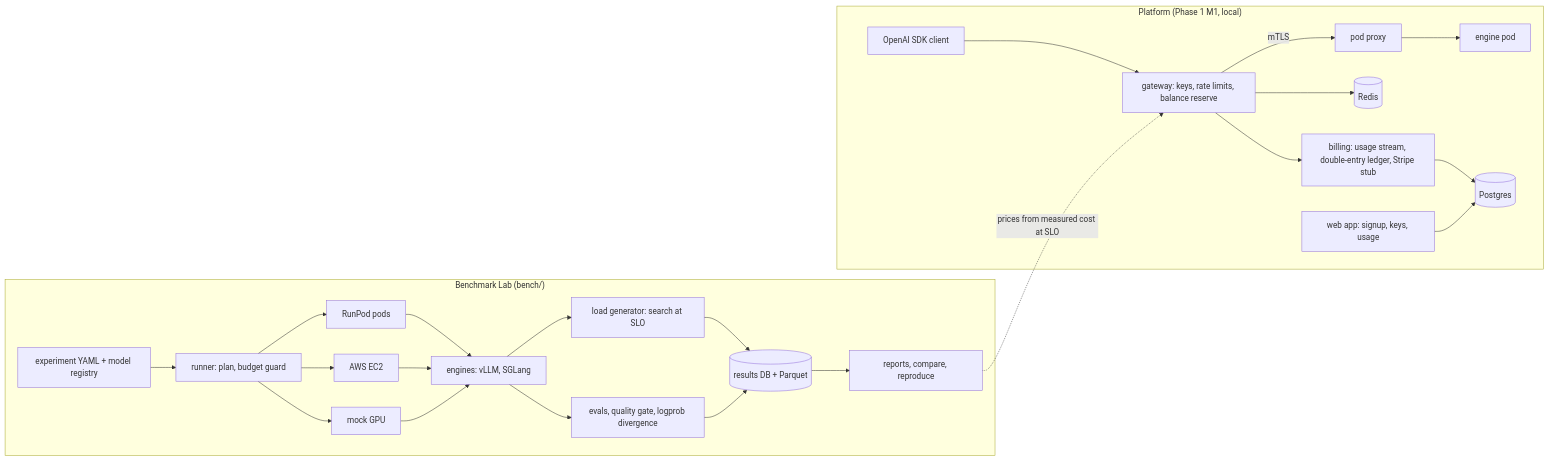
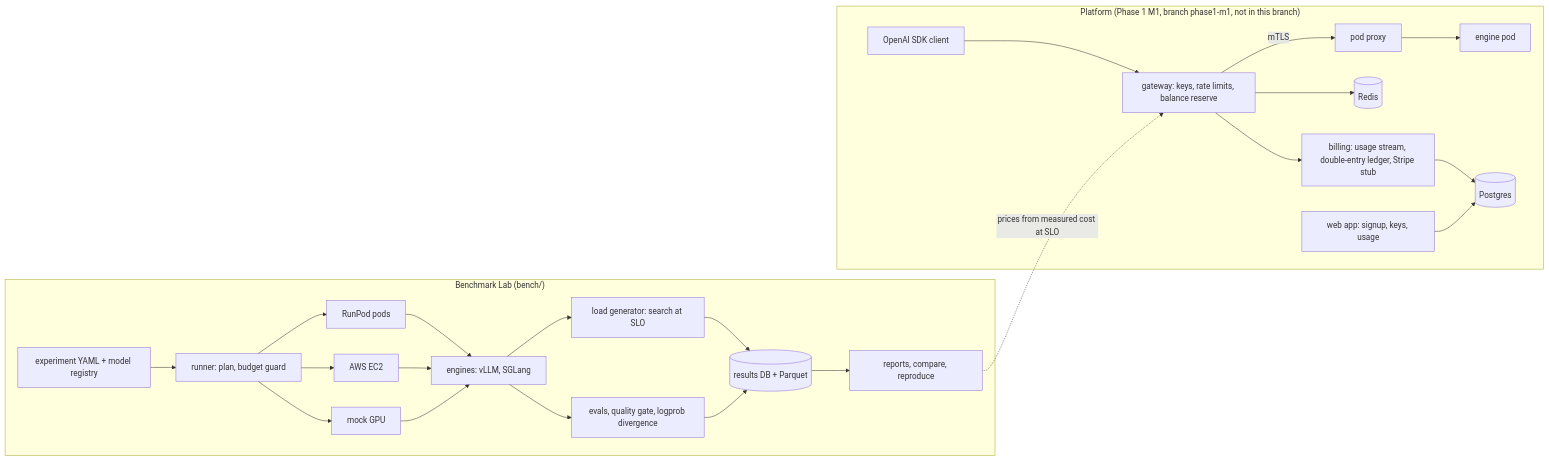
Before and after one commit to arulster17/loom: the diagram in README.md, drawn with Mermaid. The commit also changed other lines of this file, not shown here.

First line of the commit message:
README: the platform is on branch phase1-m1, not in this branch

````diff
--- a/README.md
+++ b/README.md
@@ -96,27 +97,27 @@
 ```mermaid
 flowchart LR
   subgraph Lab["Benchmark Lab (bench/)"]
     Y["experiment YAML + model registry"] --> R["runner: plan, budget guard"]
     R --> RP["RunPod pods"]
     R --> AW["AWS EC2"]
     R --> MK["mock GPU"]
     RP --> EN["engines: vLLM, SGLang"]
     AW --> EN
     MK --> EN
     EN --> LG["load generator: search at SLO"]
     EN --> EV["evals, quality gate, logprob divergence"]
     LG --> DB[("results DB + Parquet")]
     EV --> DB
     DB --> RE["reports, compare, reproduce"]
   end
-  subgraph Platform["Platform (Phase 1 M1, local)"]
+  subgraph Platform["Platform (Phase 1 M1, branch phase1-m1, not in this branch)"]
     CL["OpenAI SDK client"] --> GW["gateway: keys, rate limits, balance reserve"]
     GW -->|mTLS| PP["pod proxy"]
     PP --> PD["engine pod"]
     GW --> RD[("Redis")]
     GW --> BL["billing: usage stream, double-entry ledger, Stripe stub"]
     BL --> PG[("Postgres")]
     WB["web app: signup, keys, usage"] --> PG
   end
   RE -.->|prices from measured cost at SLO| GW
 ```
````
